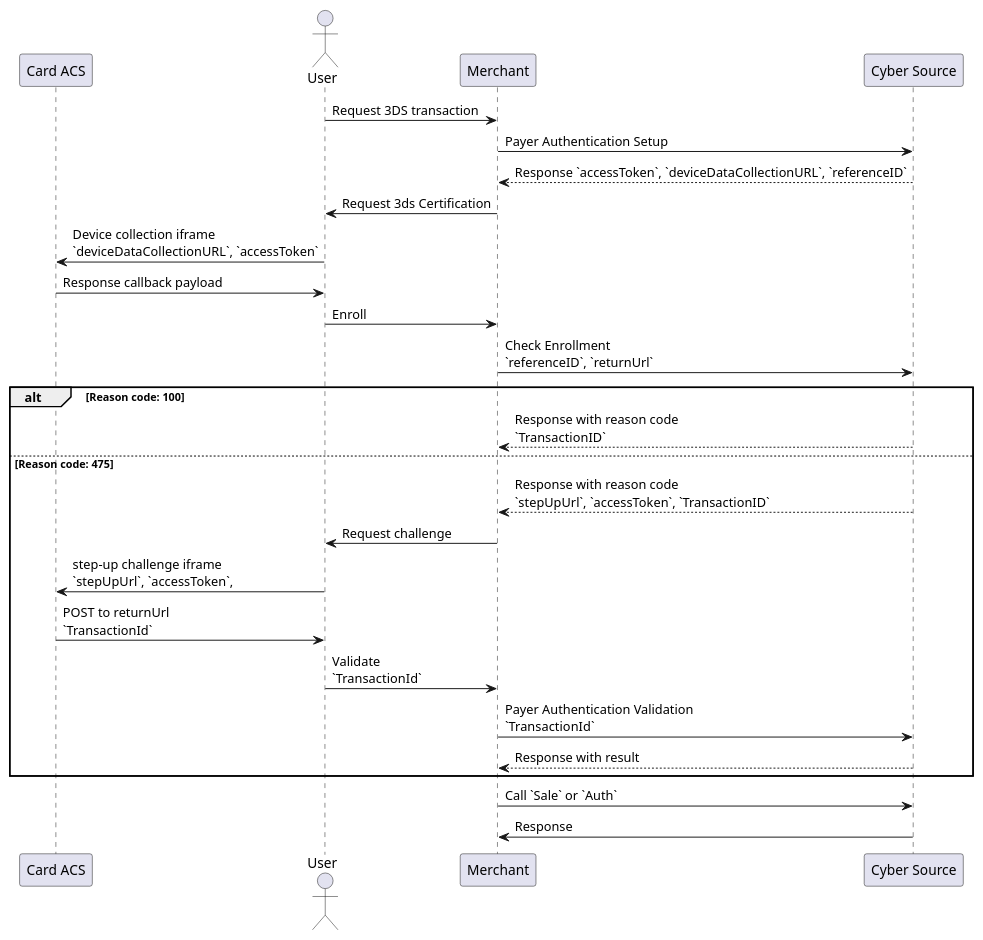
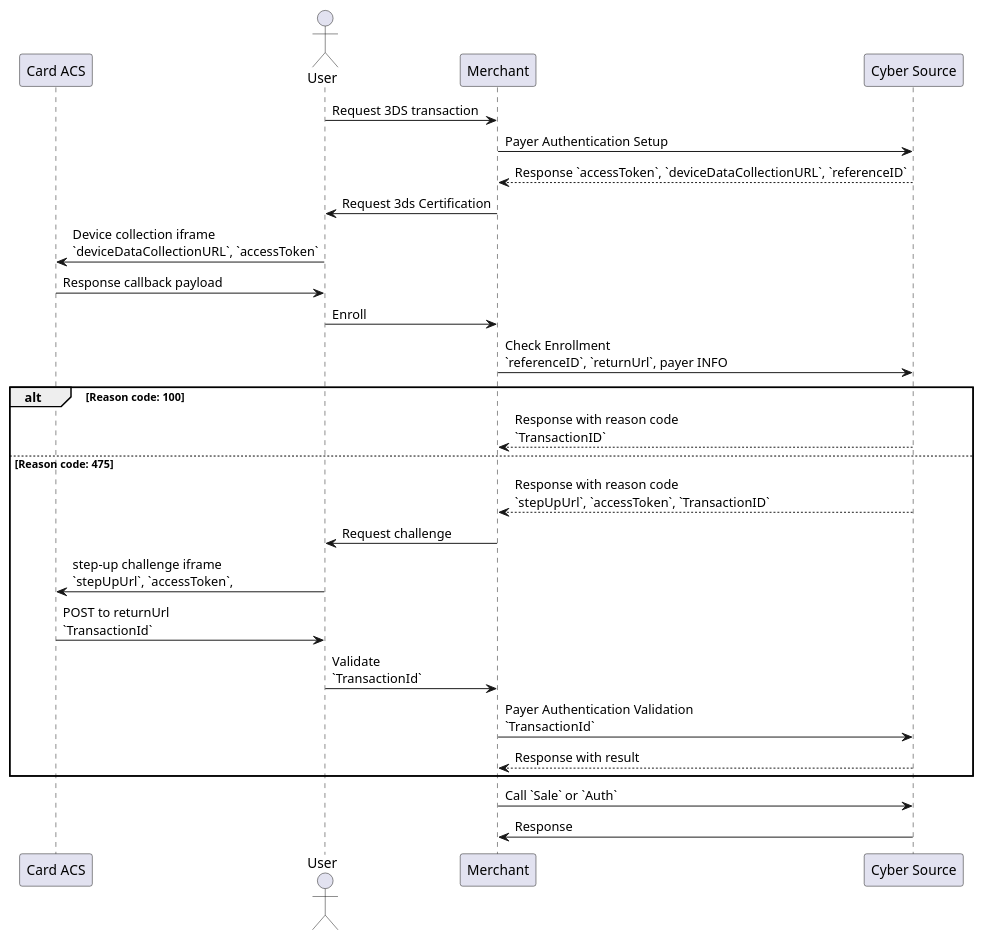
One commit to yidas/web-service-architectures changed the diagram in third-party-payment/cybersource/payer-authentication-emv3ds.plantuml. Above: the diagram before and after it, drawn with PlantUML.

```diff
--- a/third-party-payment/cybersource/payer-authentication-emv3ds.plantuml
+++ b/third-party-payment/cybersource/payer-authentication-emv3ds.plantuml
@@ -1,29 +1,29 @@
 @startuml
 participant "Card ACS" as c
 Actor "User" as u
 participant "Merchant" as m
 participant "Cyber Source" as cs
 
 u -> m : Request 3DS transaction
 m -> cs : Payer Authentication Setup
 cs --> m : Response `accessToken`, `deviceDataCollectionURL`, `referenceID`
 m -> u : Request 3ds Certification
 u -> c : Device collection iframe \n`deviceDataCollectionURL`, `accessToken`
 c -> u : Response callback payload
 u -> m : Enroll
-m -> cs : Check Enrollment \n`referenceID`, `returnUrl`
+m -> cs : Check Enrollment \n`referenceID`, `returnUrl`, payer INFO
 alt Reason code: 100
 cs --> m: Response with reason code \n`TransactionID`
 else Reason code: 475
 cs --> m: Response with reason code \n`stepUpUrl`, `accessToken`, `TransactionID`
 m -> u: Request challenge
 u -> c: step-up challenge iframe \n`stepUpUrl`, `accessToken`,
 c -> u: POST to returnUrl \n`TransactionId`
 u -> m: Validate \n`TransactionId`
 m -> cs: Payer Authentication Validation \n`TransactionId`
 cs --> m: Response with result
 end
 m -> cs: Call `Sale` or `Auth`
 cs -> m: Response
 
 @enduml
```
